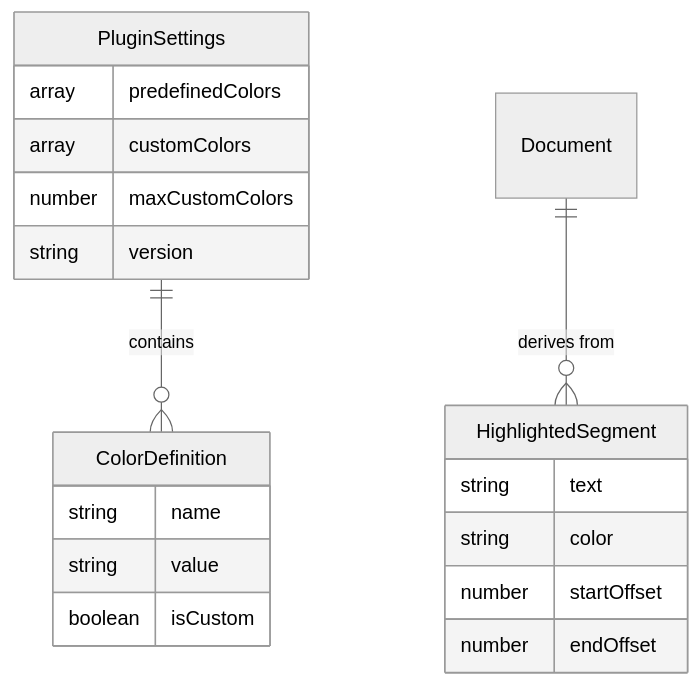
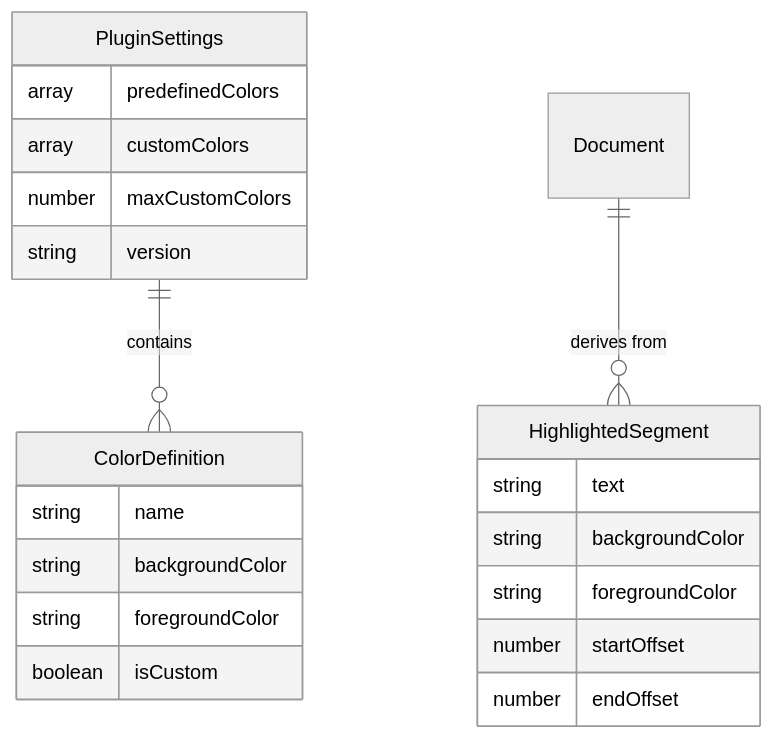
One commit to oylbin/obsidian-highlighter changed the diagram in specs/001-i-want-to/data-model.md. Above: the diagram before and after it, drawn with Mermaid (neutral theme). The commit also changed other lines of this file and 4 other files, not shown here.

Commit message:
Enhance text highlighting feature to support optional foreground colors alongside background colors, update documentation and API contracts accordingly

````diff
--- a/specs/001-i-want-to/data-model.md
+++ b/specs/001-i-want-to/data-model.md
@@ -76,22 +88,24 @@
 ```mermaid
 erDiagram
     PluginSettings ||--o{ ColorDefinition : contains
     PluginSettings {
         array predefinedColors
         array customColors
         number maxCustomColors
         string version
     }
     ColorDefinition {
         string name
-        string value
+        string backgroundColor
+        string foregroundColor
         boolean isCustom
     }
     Document ||--o{ HighlightedSegment : "derives from"
     HighlightedSegment {
         string text
-        string color
+        string backgroundColor
+        string foregroundColor
         number startOffset
         number endOffset
     }
 ```
````
